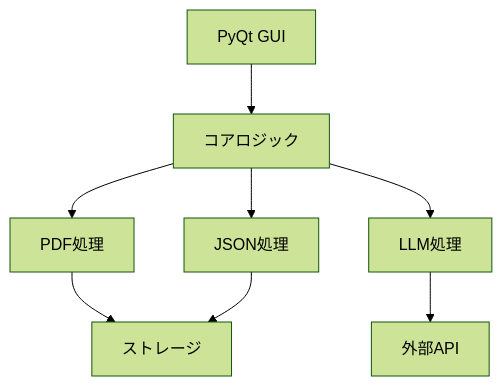
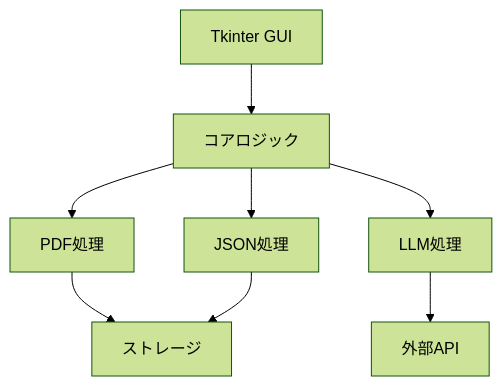
One commit to RyukokuDX/expense-management-system changed the second of 3 diagrams in plan.md. Above: the diagram before and after it, drawn with Mermaid (forest theme). The commit also changed other lines of this file, not shown here.

````diff
--- a/plan.md
+++ b/plan.md
@@ -350,10 +349,10 @@
 ```mermaid
 graph TD
-    A[PyQt GUI] --> B[コアロジック]
+    A[Tkinter GUI] --> B[コアロジック]
     B --> C[PDF処理]
     B --> D[LLM処理]
     B --> E[JSON処理]
     C --> F[ストレージ]
     D --> G[外部API]
     E --> F
 ```
````
